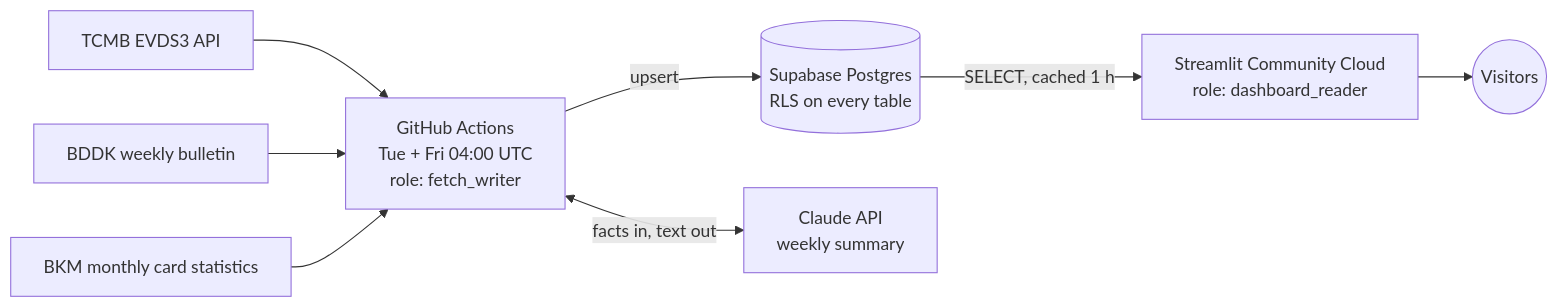
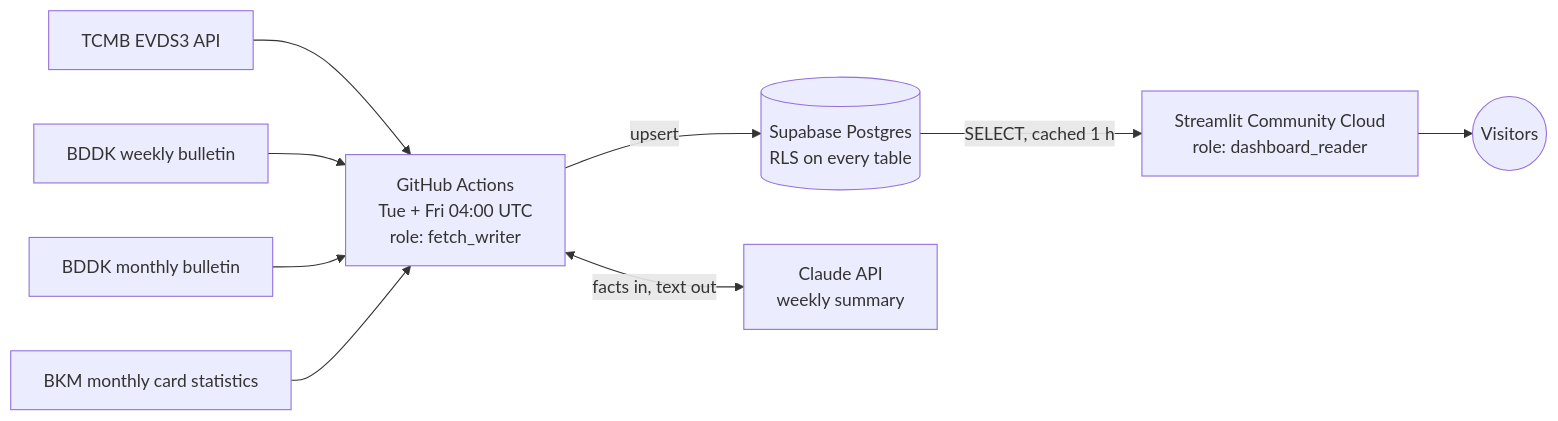
One commit to EnesAltuNN/tr-banking-dashboard changed the diagram in README.md. Above: the diagram before and after it, drawn with Mermaid. The commit also changed other lines of this file and 20 other files, not shown here.

First line of the commit message:
Add the BDDK monthly bulletin: capital adequacy, profitability and margin ratios

````diff
--- a/README.md
+++ b/README.md
@@ -73,10 +75,11 @@
 ```mermaid
 flowchart LR
     EVDS["TCMB EVDS3 API"] --> GHA
     BDDK["BDDK weekly bulletin"] --> GHA
+    BDDKM["BDDK monthly bulletin"] --> GHA
     BKM["BKM monthly card statistics"] --> GHA
     GHA["GitHub Actions<br/>Tue + Fri 04:00 UTC<br/>role: fetch_writer"] -->|"upsert"| DB[("Supabase Postgres<br/>RLS on every table")]
     GHA <-->|"facts in, text out"| CLAUDE["Claude API<br/>weekly summary"]
     DB -->|"SELECT, cached 1 h"| APP["Streamlit Community Cloud<br/>role: dashboard_reader"]
     APP --> USERS(("Visitors"))
 ```
````
